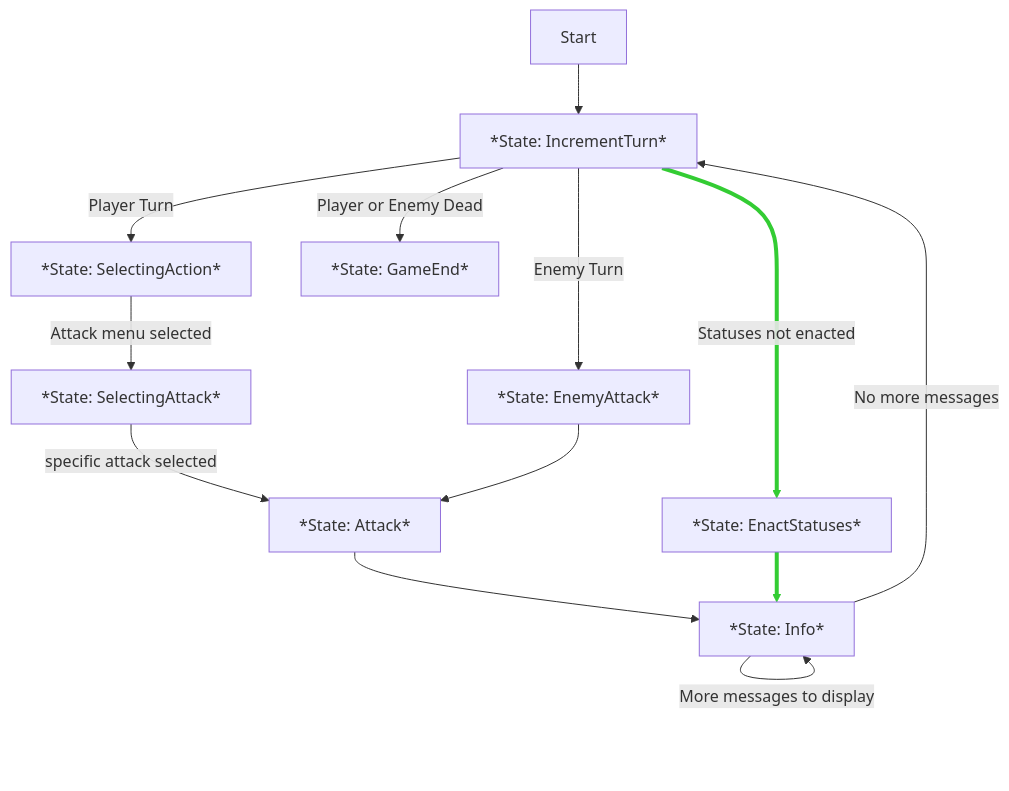
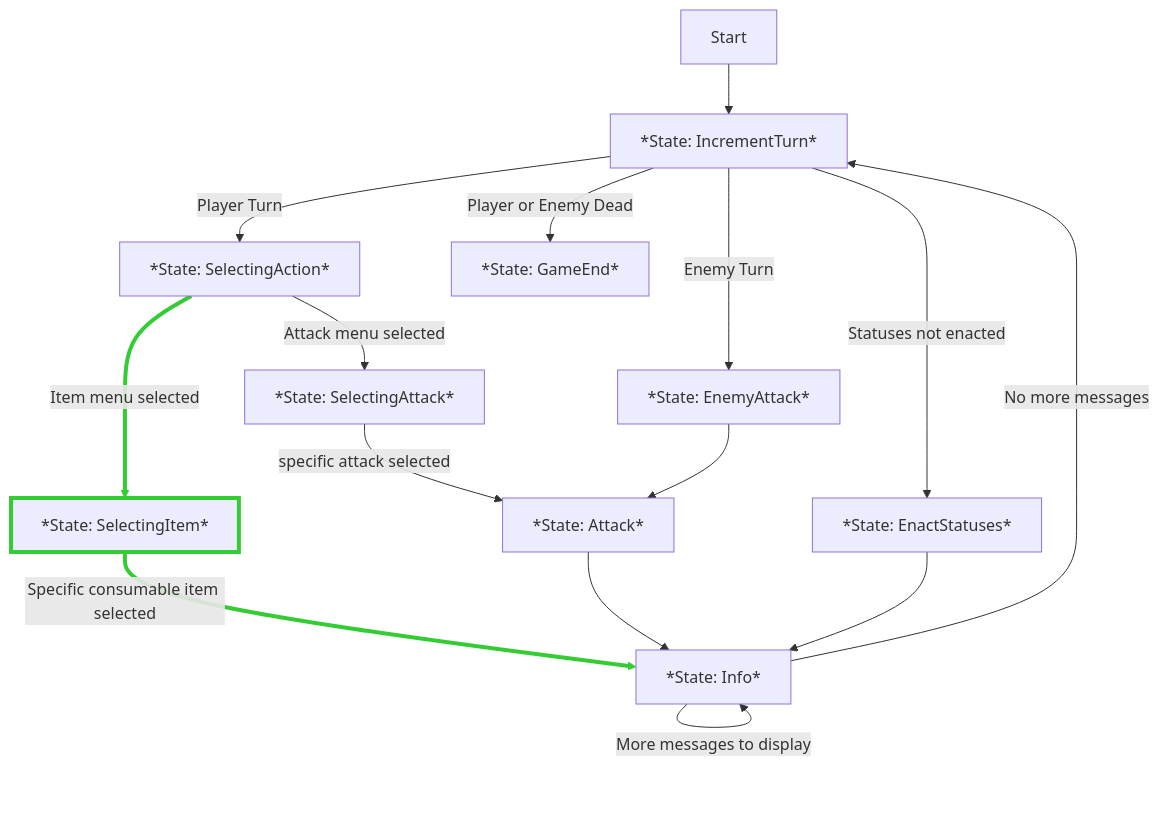
One commit to JakeTaussig/rpg-rougelike changed the diagram in docs/state_diagram.mermaid. Above: the diagram before and after it, drawn with Mermaid. The commit also changed 2 other files, not shown here.

Commit message:
Update state diagram according to plan and generate image

```diff
--- a/docs/state_diagram.mermaid
+++ b/docs/state_diagram.mermaid
@@ -1,33 +1,37 @@
 flowchart TD
   Start
   IncrementTurn[*State: IncrementTurn*]
   SelectingAction[*State: SelectingAction*]
   SelectingAttack[*State: SelectingAttack*]
   Attack[*State: Attack*]
   Info[*State: Info*]
   EnemyAttack[*State: EnemyAttack*]
   GameEnd[*State: GameEnd*]
   EnactStatuses[*State: EnactStatuses*]
+  SelectingItem[*State: SelectingItem*]
+  style SelectingItem stroke:#33cc33,stroke-width:4
 
   Start --> IncrementTurn
 
   IncrementTurn --> |Player Turn| SelectingAction
   SelectingAction --> |Attack menu selected| SelectingAttack
   SelectingAttack --> |specific attack selected| Attack
 
+  SelectingAction --> |Item menu selected|SelectingItem
+  linkStyle 4 stroke:#33cc33,stroke-width:4px
+  SelectingItem --> |Specific consumable item selected|Info
+  linkStyle 5 stroke:#33cc33,stroke-width:4px
 
   IncrementTurn --> |Enemy Turn| EnemyAttack
   EnemyAttack --> Attack
 
   Attack --> Info
 
   IncrementTurn --> |Player or Enemy Dead| GameEnd
 
   IncrementTurn --> |Statuses not enacted| EnactStatuses
-  linkStyle 8 stroke:#33cc33,stroke-width:4px
 
   Info --> |No more messages| IncrementTurn
   Info --> |More messages to display| Info
 
   EnactStatuses --> Info
-  linkStyle 11 stroke:#33cc33,stroke-width:4px
```
